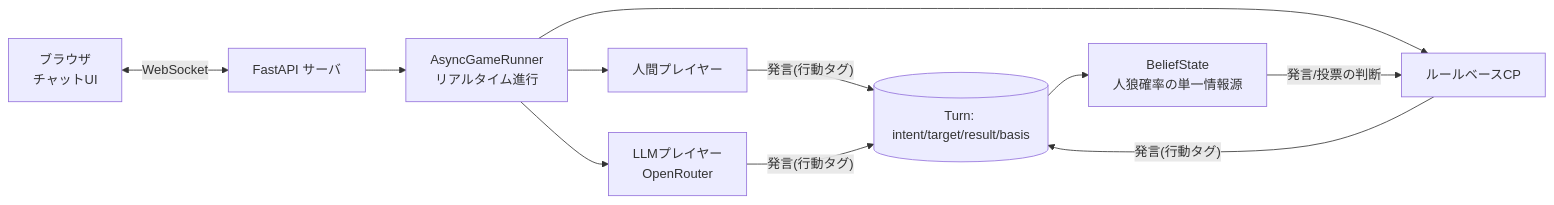
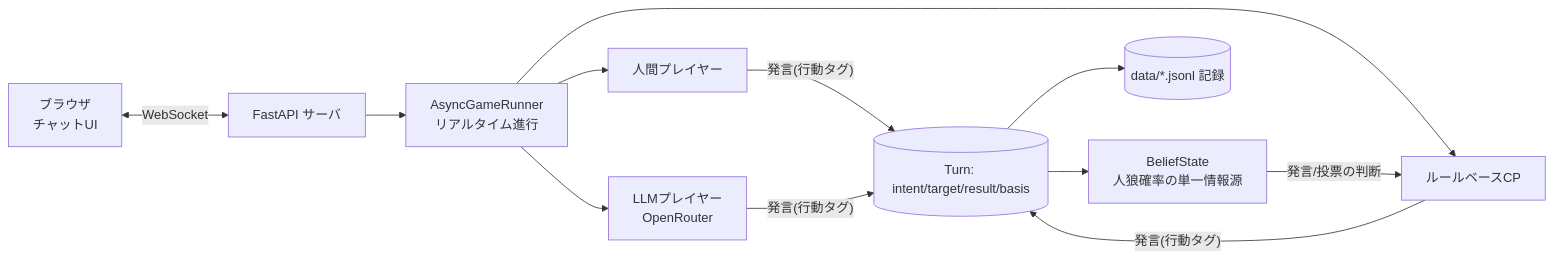
One commit to Asumash/werewolf-simulation changed the diagram in README.md. Above: the diagram before and after it, drawn with Mermaid. The commit also changed other lines of this file, not shown here.

````diff
--- a/README.md
+++ b/README.md
@@ -42,11 +96,12 @@
 ```mermaid
 flowchart LR
   B[ブラウザ<br/>チャットUI] <-- WebSocket --> S[FastAPI サーバ]
   S --> R[AsyncGameRunner<br/>リアルタイム進行]
   R --> H[人間プレイヤー]
   R --> C[ルールベースCP]
   R --> L[LLMプレイヤー<br/>OpenRouter]
   H & C & L -- 発言(行動タグ) --> T[(Turn: intent/target/result/basis)]
   T --> BS[BeliefState<br/>人狼確率の単一情報源]
   BS -- 発言/投票の判断 --> C
+  T --> D[(data/*.jsonl 記録)]
 ```
````
